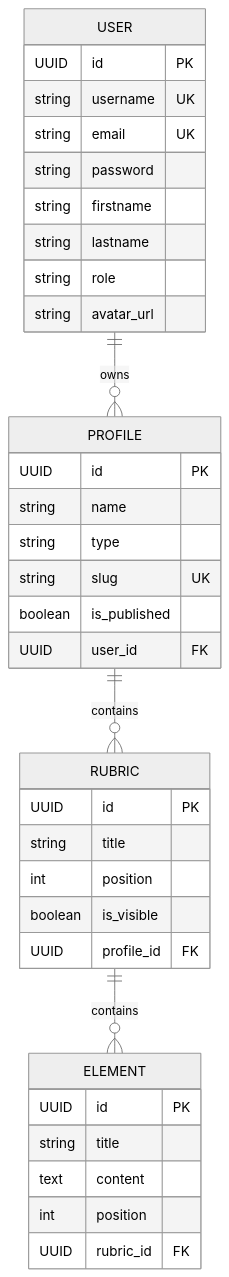
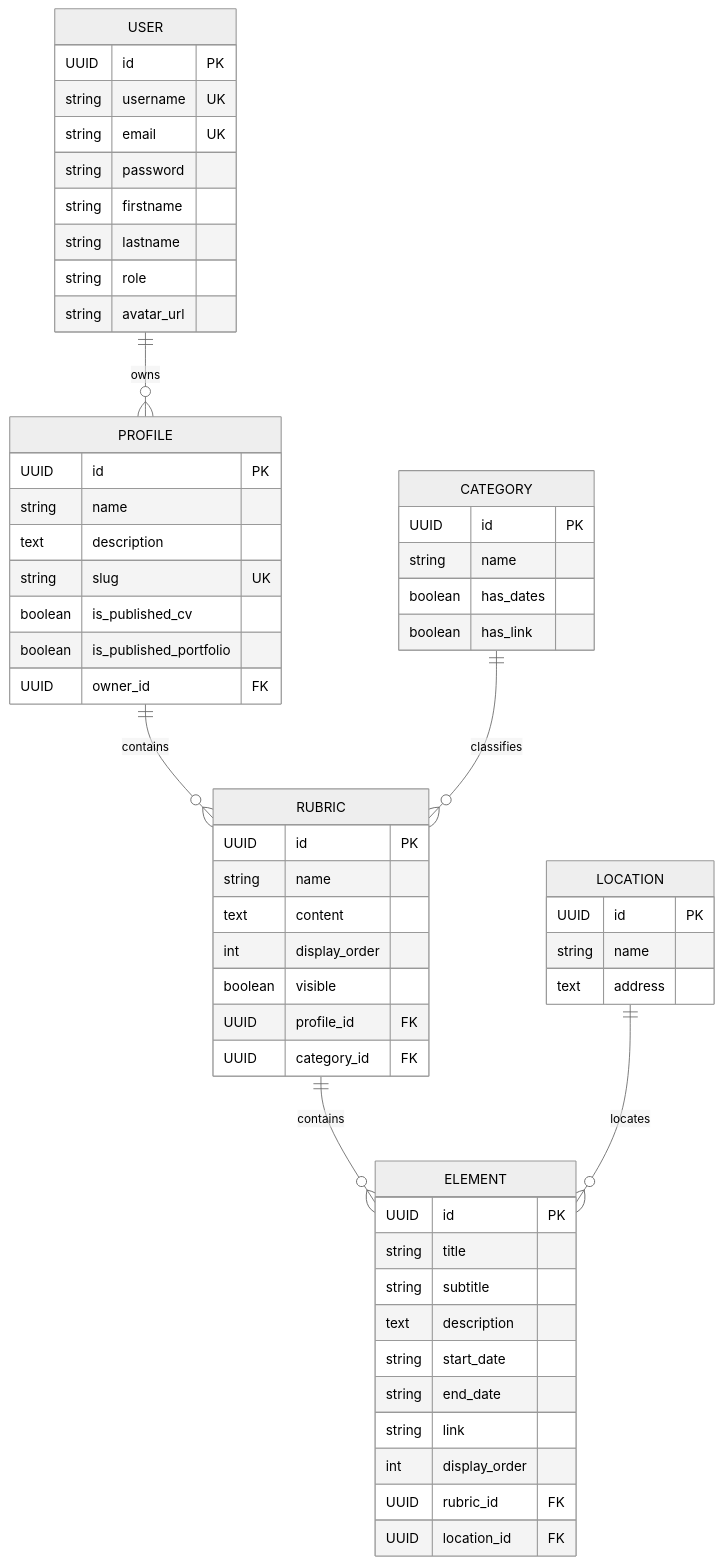
Before and after one commit to EstelleBihel/Portfolio-builder: the diagram in README.md, drawn with Mermaid (neutral theme). The commit also changed other lines of this file, not shown here.

Commit message:
Update README.md for formatting and content clarity

````diff
--- a/README.md
+++ b/README.md
@@ -112,42 +130,65 @@
 ```mermaid
 erDiagram
     USER ||--o{ PROFILE : owns
     PROFILE ||--o{ RUBRIC : contains
+    CATEGORY ||--o{ RUBRIC : classifies
     RUBRIC ||--o{ ELEMENT : contains
-    
+    LOCATION ||--o{ ELEMENT : locates
+
     USER {
         UUID id PK
         string username UK
         string email UK
         string password
         string firstname
         string lastname
         string role
         string avatar_url
     }
-    
+
     PROFILE {
         UUID id PK
         string name
-        string type
+        text description
         string slug UK
-        boolean is_published
-        UUID user_id FK
+        boolean is_published_cv
+        boolean is_published_portfolio
+        UUID owner_id FK
     }
-    
+
+    CATEGORY {
+        UUID id PK
+        string name
+        boolean has_dates
+        boolean has_link
+    }
+
     RUBRIC {
         UUID id PK
-        string title
-        int position
-        boolean is_visible
+        string name
+        text content
+        int display_order
+        boolean visible
         UUID profile_id FK
+        UUID category_id FK
     }
-    
+
+    LOCATION {
+        UUID id PK
+        string name
+        text address
+    }
+
     ELEMENT {
         UUID id PK
         string title
-        text content
-        int position
+        string subtitle
+        text description
+        string start_date
+        string end_date
+        string link
+        int display_order
         UUID rubric_id FK
+        UUID location_id FK
     }
 ```
````
